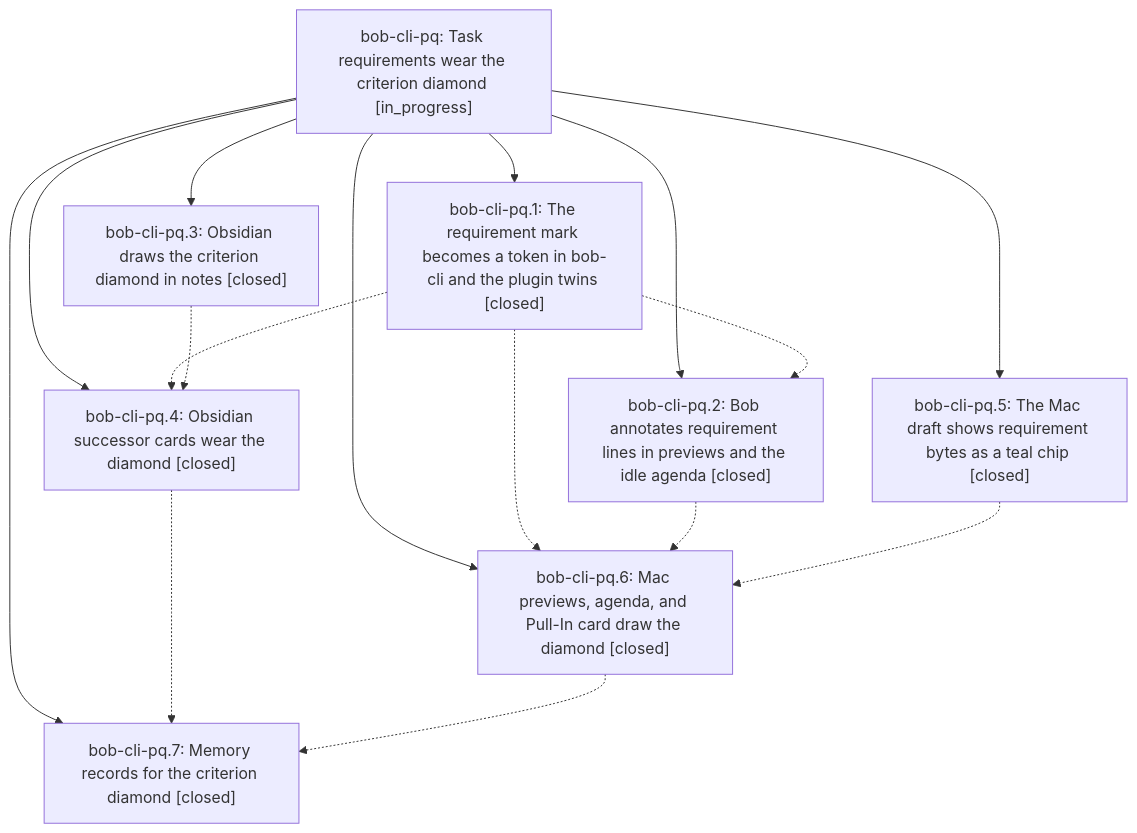
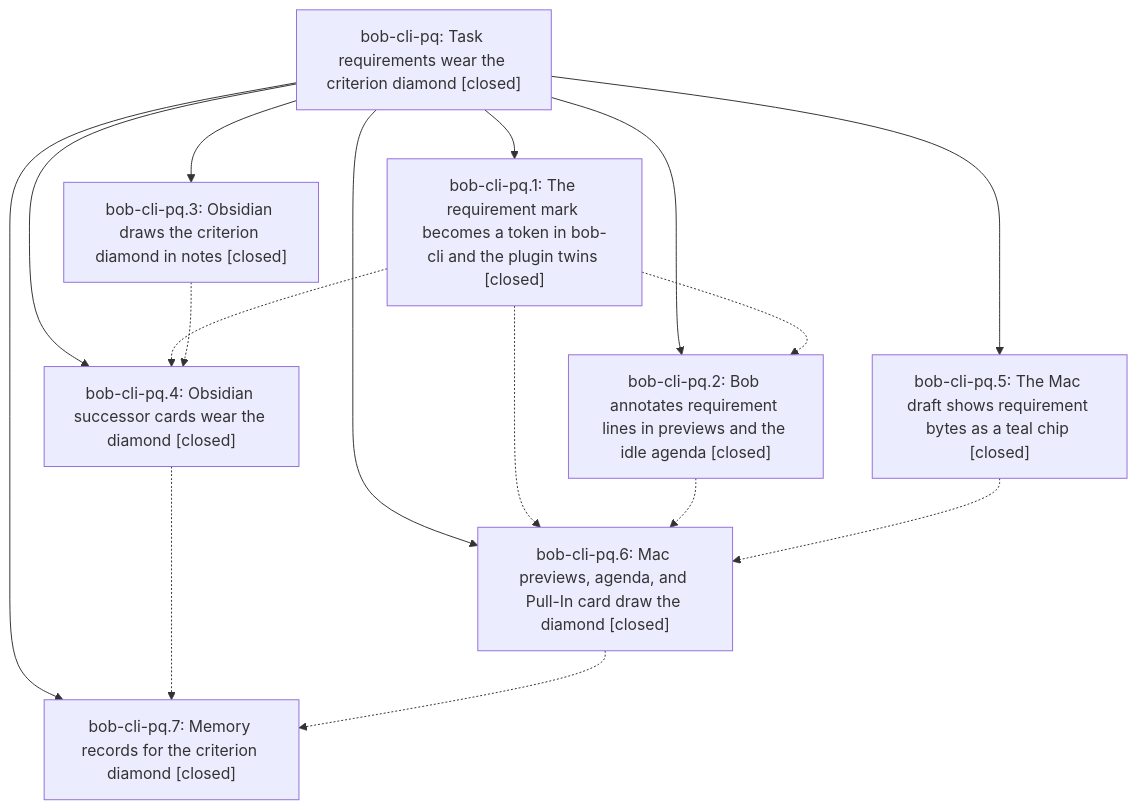
Before and after one commit to bobs-org/bob-cli--beads: the diagram in pages/bob-cli-pq/README.md, drawn with Mermaid. The commit also changed other lines of this file and 3 other files, not shown here.

First line of the commit message:
chore(beads): sync bead state and pages for bob-cli-pq

````diff
--- a/pages/bob-cli-pq/README.md
+++ b/pages/bob-cli-pq/README.md
@@ -46,26 +86,26 @@
 ```mermaid
 flowchart TD
-    n0["bob-cli-pq: Task requirements wear the criterion diamond [in_progress]"]
+    n0["bob-cli-pq: Task requirements wear the criterion diamond [closed]"]
     n1["bob-cli-pq.1: The requirement mark becomes a token in bob-cli and the plugin twins [closed]"]
     n2["bob-cli-pq.2: Bob annotates requirement lines in previews and the idle agenda [closed]"]
     n3["bob-cli-pq.3: Obsidian draws the criterion diamond in notes [closed]"]
     n4["bob-cli-pq.4: Obsidian successor cards wear the diamond [closed]"]
     n5["bob-cli-pq.5: The Mac draft shows requirement bytes as a teal chip [closed]"]
     n6["bob-cli-pq.6: Mac previews, agenda, and Pull-In card draw the diamond [closed]"]
     n7["bob-cli-pq.7: Memory records for the criterion diamond [closed]"]
     n0 --> n1
     n0 --> n2
     n0 --> n3
     n0 --> n4
     n0 --> n5
     n0 --> n6
     n0 --> n7
     n1 -.-> n2
     n1 -.-> n4
     n1 -.-> n6
     n2 -.-> n6
     n3 -.-> n4
     n4 -.-> n7
     n5 -.-> n6
     n6 -.-> n7
 ```
````
